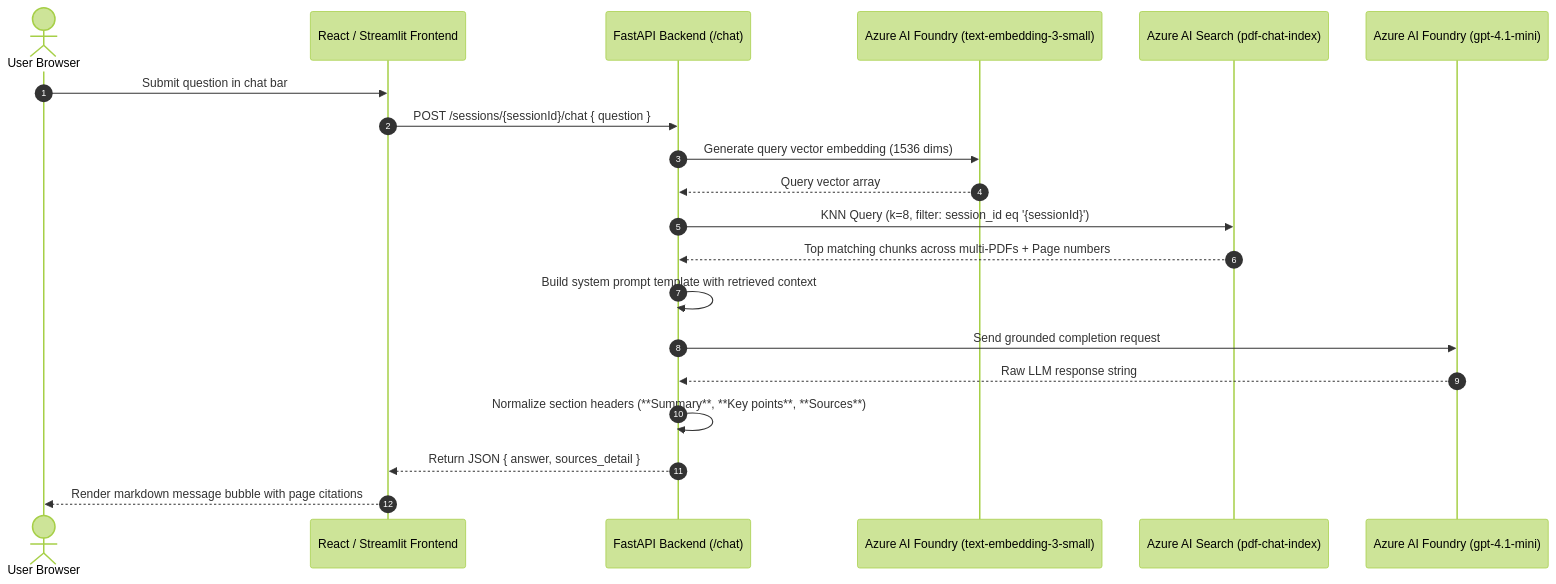
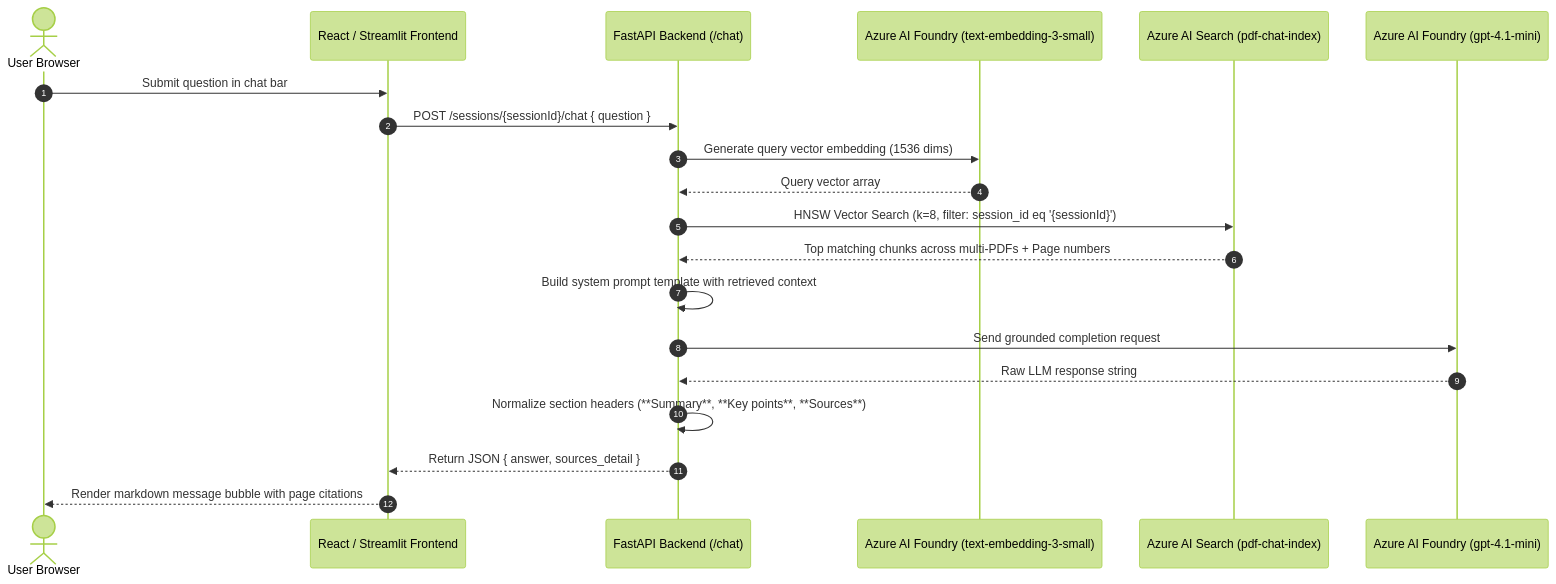
One commit to Atharva013/DocSpring-RAG-Assistant changed the third of 3 diagrams in docs/architecture.md. Above: the diagram before and after it, drawn with Mermaid (forest theme). The commit also changed other lines of this file, not shown here.

Commit message:
docs(architecture): redesign architecture diagram into 4-layer structure with HNSW vector search labeling

````diff
--- a/docs/architecture.md
+++ b/docs/architecture.md
@@ -98,23 +97,23 @@
 ```mermaid
 sequenceDiagram
     autonumber
     actor User as User Browser
     participant UI as React / Streamlit Frontend
     participant API as FastAPI Backend (/chat)
     participant Embed as Azure AI Foundry (text-embedding-3-small)
     participant VectorDB as Azure AI Search (pdf-chat-index)
     participant ChatLLM as Azure AI Foundry (gpt-4.1-mini)
 
     User->>UI: Submit question in chat bar
     UI->>API: POST /sessions/{sessionId}/chat { question }
     API->>Embed: Generate query vector embedding (1536 dims)
     Embed-->>API: Query vector array
-    API->>VectorDB: KNN Query (k=8, filter: session_id eq '{sessionId}')
+    API->>VectorDB: HNSW Vector Search (k=8, filter: session_id eq '{sessionId}')
     VectorDB-->>API: Top matching chunks across multi-PDFs + Page numbers
     API->>API: Build system prompt template with retrieved context
     API->>ChatLLM: Send grounded completion request
     ChatLLM-->>API: Raw LLM response string
     API->>API: Normalize section headers (**Summary**, **Key points**, **Sources**)
     API-->>UI: Return JSON { answer, sources_detail }
     UI-->>User: Render markdown message bubble with page citations
 ```
````
